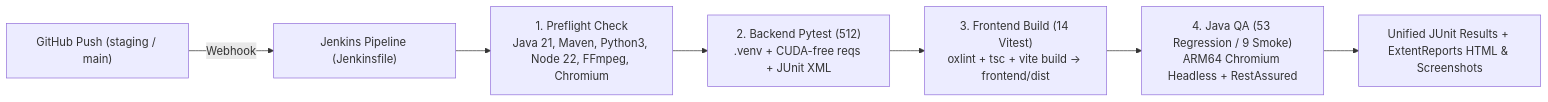
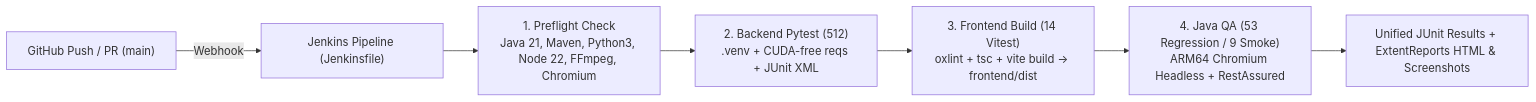
Before and after one commit to talevi83/SubBuildStudio: the second of 2 diagrams in docs/QA_TEST_PLAN.md, drawn with Mermaid. The commit also changed other lines of this file and 2 other files, not shown here.

Commit message:
docs: refresh README, .env.example, and QA_TEST_PLAN for v2.0 multi-provider setup and direct-to-main flow

````diff
--- a/docs/QA_TEST_PLAN.md
+++ b/docs/QA_TEST_PLAN.md
@@ -193,9 +193,9 @@
 ```mermaid
 flowchart LR
-    GH["GitHub Push (staging / main)"] -->|Webhook| J["Jenkins Pipeline (Jenkinsfile)"]
+    GH["GitHub Push / PR (main)"] -->|Webhook| J["Jenkins Pipeline (Jenkinsfile)"]
     J --> S1["1. Preflight Check<br/>Java 21, Maven, Python3, Node 22, FFmpeg, Chromium"]
     S1 --> S2["2. Backend Pytest (512)<br/>.venv + CUDA-free reqs + JUnit XML"]
     S2 --> S3["3. Frontend Build (14 Vitest)<br/>oxlint + tsc + vite build -> frontend/dist"]
     S3 --> S4["4. Java QA (53 Regression / 9 Smoke)<br/>ARM64 Chromium Headless + RestAssured"]
     S4 --> R["Unified JUnit Results + ExtentReports HTML & Screenshots"]
 ```
````
